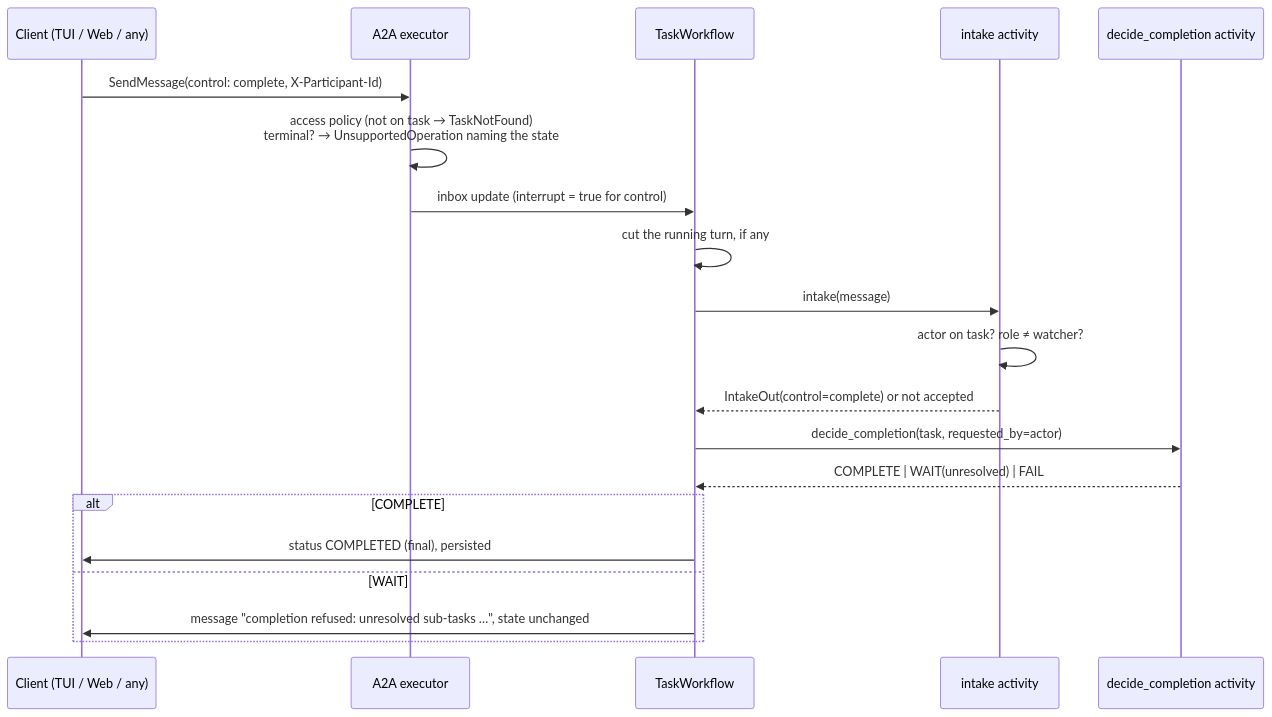
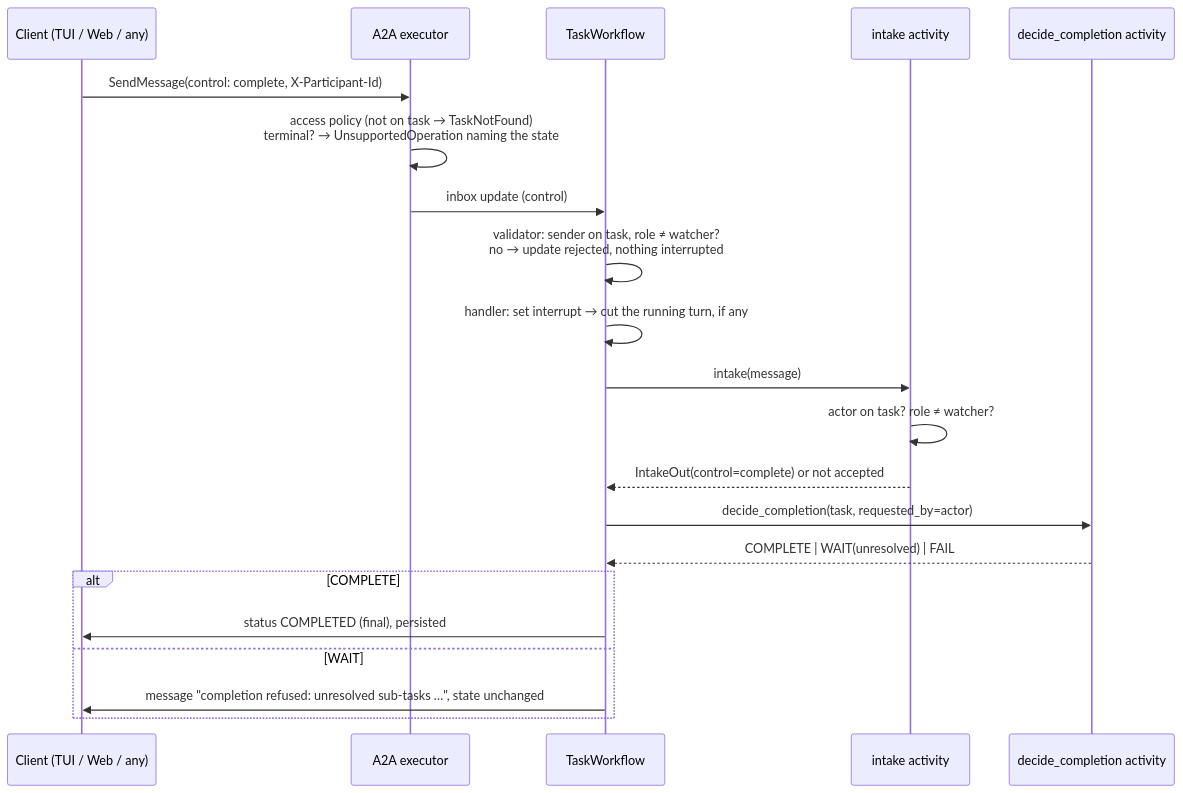
One commit to MadaraUchiha-314/tiny-harness changed the third of 5 diagrams in docs/specs/issue-25/design.md. Above: the diagram before and after it, drawn with Mermaid. The commit also changed other lines of this file, not shown here.

Commit message:
docs(issue-25): design critic finding 2 — authorize control before interrupt

````diff
--- a/docs/specs/issue-25/design.md
+++ b/docs/specs/issue-25/design.md
@@ -283,22 +283,23 @@
 ```mermaid
 sequenceDiagram
   participant C as Client (TUI / Web / any)
   participant X as A2A executor
   participant W as TaskWorkflow
   participant I as intake activity
   participant D as decide_completion activity
   C->>X: SendMessage(control: complete, X-Participant-Id)
   X->>X: access policy (not on task → TaskNotFound)<br/>terminal? → UnsupportedOperation naming the state
-  X->>W: inbox update (interrupt = true for control)
-  W->>W: cut the running turn, if any
+  X->>W: inbox update (control)
+  W->>W: validator: sender on task, role ≠ watcher?<br/>no → update rejected, nothing interrupted
+  W->>W: handler: set interrupt → cut the running turn, if any
   W->>I: intake(message)
   I->>I: actor on task? role ≠ watcher?
   I-->>W: IntakeOut(control=complete) or not accepted
   W->>D: decide_completion(task, requested_by=actor)
   D-->>W: COMPLETE | WAIT(unresolved) | FAIL
   alt COMPLETE
     W->>C: status COMPLETED (final), persisted
   else WAIT
     W->>C: message "completion refused: unresolved sub-tasks …", state unchanged
   end
 ```
````
